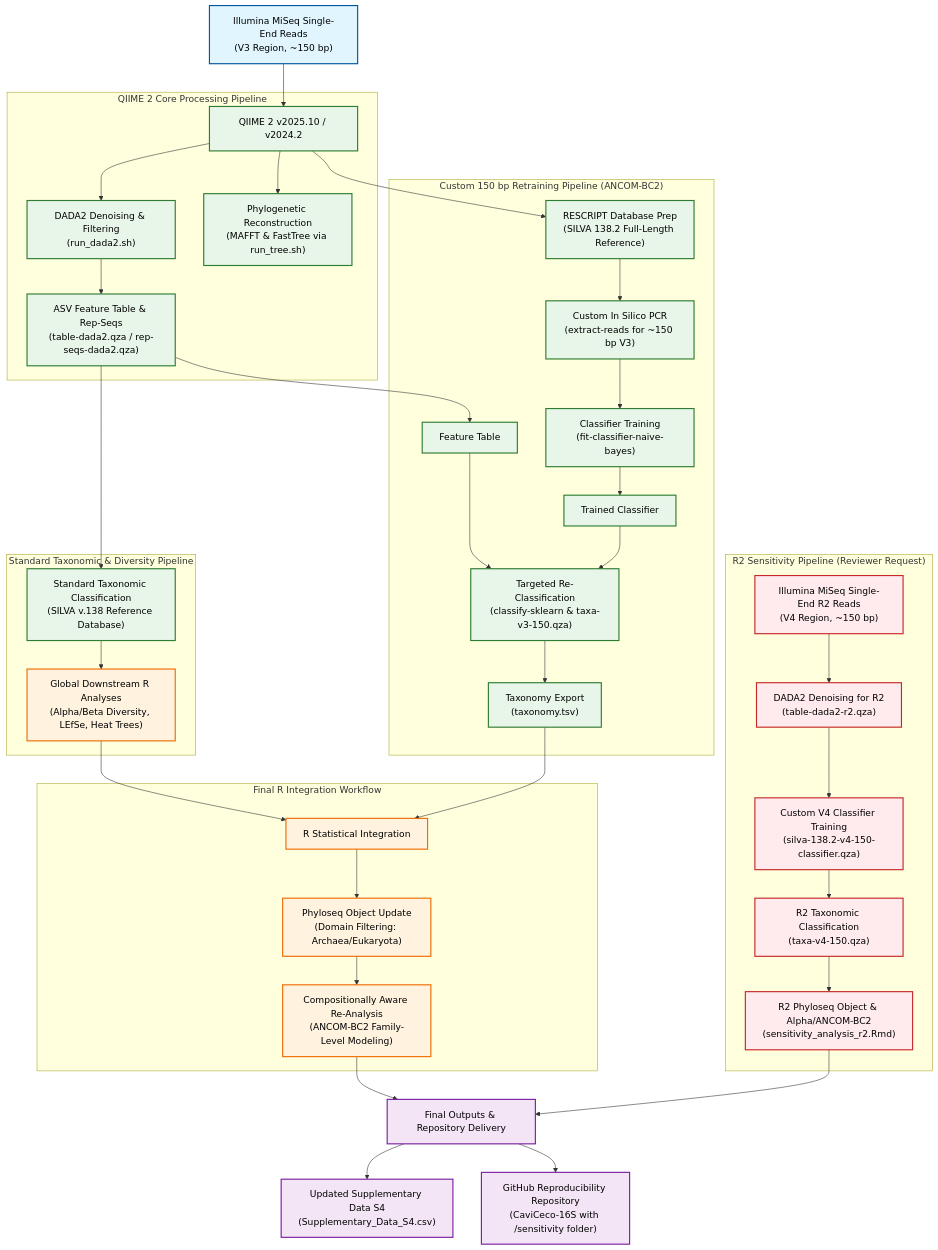
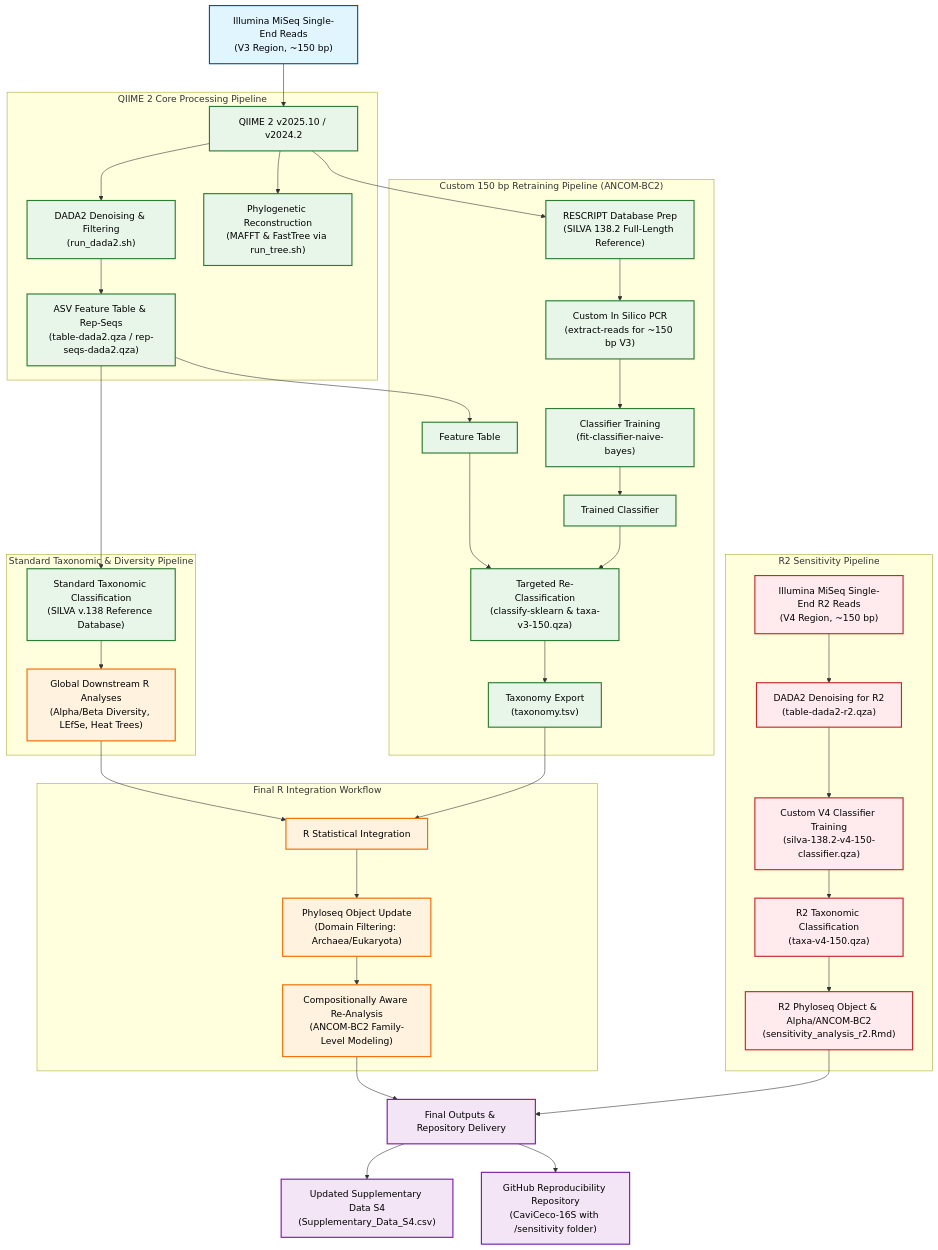
The diagram in README.md (Elcornevic/CaviCeco-16S), drawn with Mermaid before and after one commit. The commit also changed other lines of this file, not shown here.

````diff
--- a/README.md
+++ b/README.md
@@ -113,52 +113,52 @@
 ```mermaid
 graph TD
     %% Styling
     classDef process fill:#e1f5fe,stroke:#01579b,stroke-width:2px,color:#000;
     classDef qiime fill:#e8f5e9,stroke:#2e7d32,stroke-width:2px,color:#000;
     classDef rscript fill:#fff3e0,stroke:#ef6c00,stroke-width:2px,color:#000;
     classDef output fill:#f3e5f5,stroke:#7b1fa2,stroke-width:2px,color:#000;
     classDef sensitivity fill:#ffebee,stroke:#c62828,stroke-width:2px,color:#000;
 
     A["Illumina MiSeq Single-End Reads<br>(V3 Region, ~150 bp)"]:::process --> B["QIIME 2 v2025.10 / v2024.2"]:::qiime
     
     subgraph QIIME2_Core ["QIIME 2 Core Processing Pipeline"]
         B --> C["DADA2 Denoising & Filtering<br>(run_dada2.sh)"]:::qiime
         B --> D["Phylogenetic Reconstruction<br>(MAFFT & FastTree via run_tree.sh)"]:::qiime
         C --> E["ASV Feature Table & Rep-Seqs<br>(table-dada2.qza / rep-seqs-dada2.qza)"]:::qiime
     end
 
     subgraph Standard_Taxonomy ["Standard Taxonomic & Diversity Pipeline"]
         E --> F["Standard Taxonomic Classification<br>(SILVA v.138 Reference Database)"]:::qiime
         F --> G["Global Downstream R Analyses<br>(Alpha/Beta Diversity, LEfSe, Heat Trees)"]:::rscript
     end
 
     subgraph Custom_Classifier ["Custom 150 bp Retraining Pipeline (ANCOM-BC2)"]
         B --> H["RESCRIPT Database Prep<br>(SILVA 138.2 Full-Length Reference)"]:::qiime
         H --> I["Custom In Silico PCR<br>(extract-reads for ~150 bp V3)"]:::qiime
         I --> J["Classifier Training<br>(fit-classifier-naive-bayes)"]:::qiime
         E --> K1["Feature Table"]:::qiime
         J --> K2["Trained Classifier"]:::qiime
         K1 & K2 --> K["Targeted Re-Classification<br>(classify-sklearn & taxa-v3-150.qza)"]:::qiime
         K --> L["Taxonomy Export<br>(taxonomy.tsv)"]:::qiime
     end
 
-    subgraph Sensitivity_Pipeline ["R2 Sensitivity Pipeline (Reviewer Request)"]
+    subgraph Sensitivity_Pipeline ["R2 Sensitivity Pipeline"]
         S1["Illumina MiSeq Single-End R2 Reads<br>(V4 Region, ~150 bp)"]:::sensitivity --> S2["DADA2 Denoising for R2<br>(table-dada2-r2.qza)"]:::sensitivity
         S2 --> S3["Custom V4 Classifier Training<br>(silva-138.2-v4-150-classifier.qza)"]:::sensitivity
         S3 --> S4["R2 Taxonomic Classification<br>(taxa-v4-150.qza)"]:::sensitivity
         S4 --> S5["R2 Phyloseq Object & Alpha/ANCOM-BC2<br>(sensitivity_analysis_r2.Rmd)"]:::sensitivity
     end
 
     G --> M["R Statistical Integration"]:::rscript
     L --> M
     
     subgraph Final_Integration ["Final R Integration Workflow"]
         M --> N["Phyloseq Object Update<br>(Domain Filtering: Archaea/Eukaryota)"]:::rscript
         N --> O["Compositionally Aware Re-Analysis<br>(ANCOM-BC2 Family-Level Modeling)"]:::rscript
     end
 
     O --> P["Final Outputs & Repository Delivery"]:::output
     S5 --> P
     P --> Q["Updated Supplementary Data S4<br>(Supplementary_Data_S4.csv)"]:::output
     P --> R["GitHub Reproducibility Repository<br>(CaviCeco-16S with /sensitivity folder)"]:::output
 ```
````
